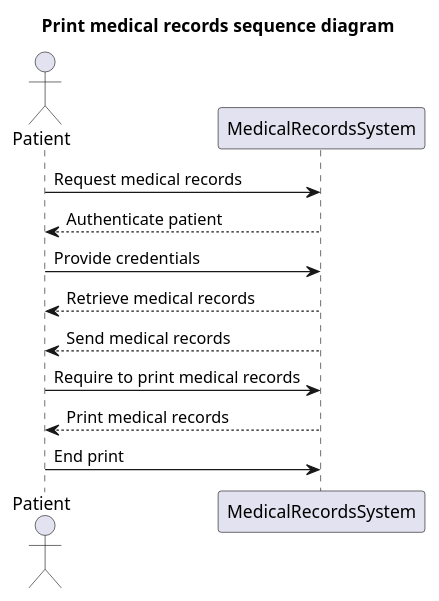
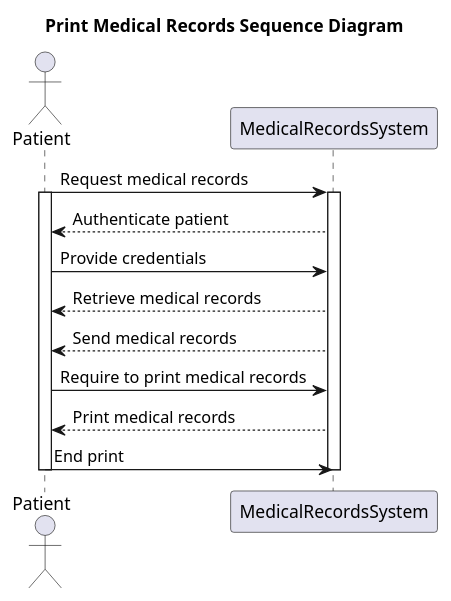
Before and after one commit to baonehe/SE357-Pratice-class: the diagram in Lab1.2/Sequence diagram/Code/Print medical records_seq.wsd, drawn with PlantUML. The commit also changed 99 other files, not shown here.

Commit message:
Update sequence diagram

```diff
--- a/Lab1.2/Sequence diagram/Code/Print medical records_seq.wsd
+++ b/Lab1.2/Sequence diagram/Code/Print medical records_seq.wsd
@@ -2,16 +1,25 @@
 @startuml
-title Print medical records sequence diagram
+title Print Medical Records Sequence Diagram
 
 Actor Patient
 participant MedicalRecordsSystem
 
 Patient -> MedicalRecordsSystem : Request medical records
+activate Patient
+activate MedicalRecordsSystem
+
 MedicalRecordsSystem --> Patient : Authenticate patient
 Patient -> MedicalRecordsSystem : Provide credentials
+
+
 MedicalRecordsSystem --> Patient : Retrieve medical records
 MedicalRecordsSystem --> Patient : Send medical records
+
+
 Patient -> MedicalRecordsSystem : Require to print medical records
 MedicalRecordsSystem --> Patient : Print medical records
 Patient -> MedicalRecordsSystem : End print
 
+deactivate Patient
+deactivate MedicalRecordsSystem
 @enduml
```
